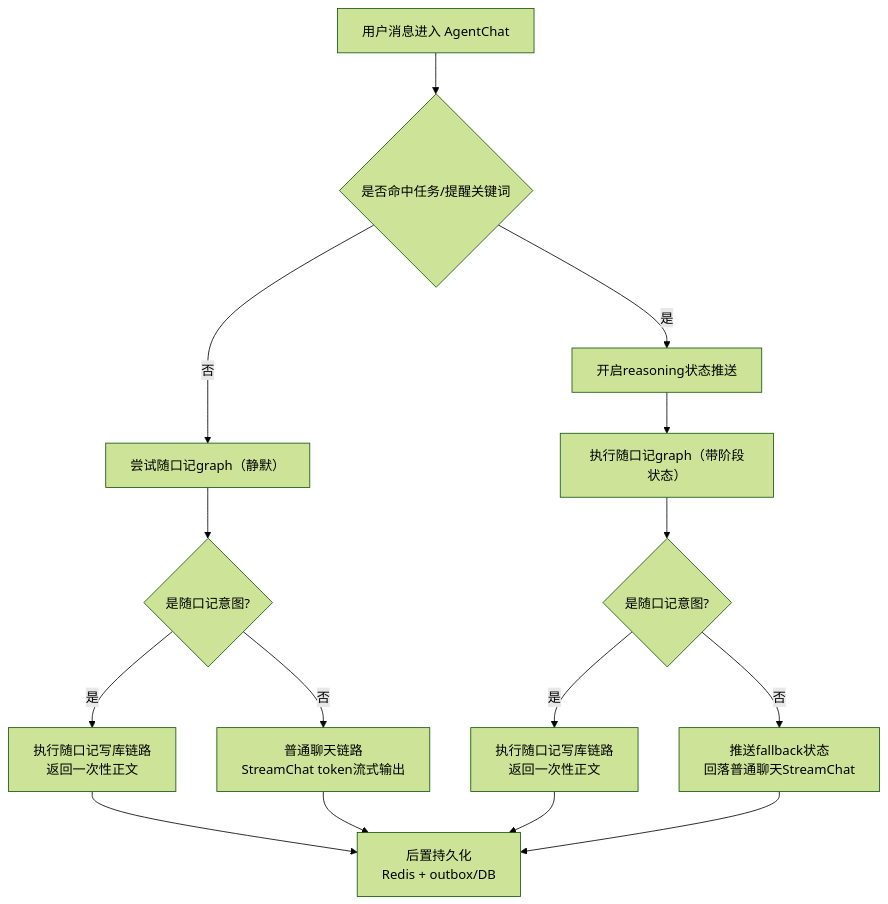
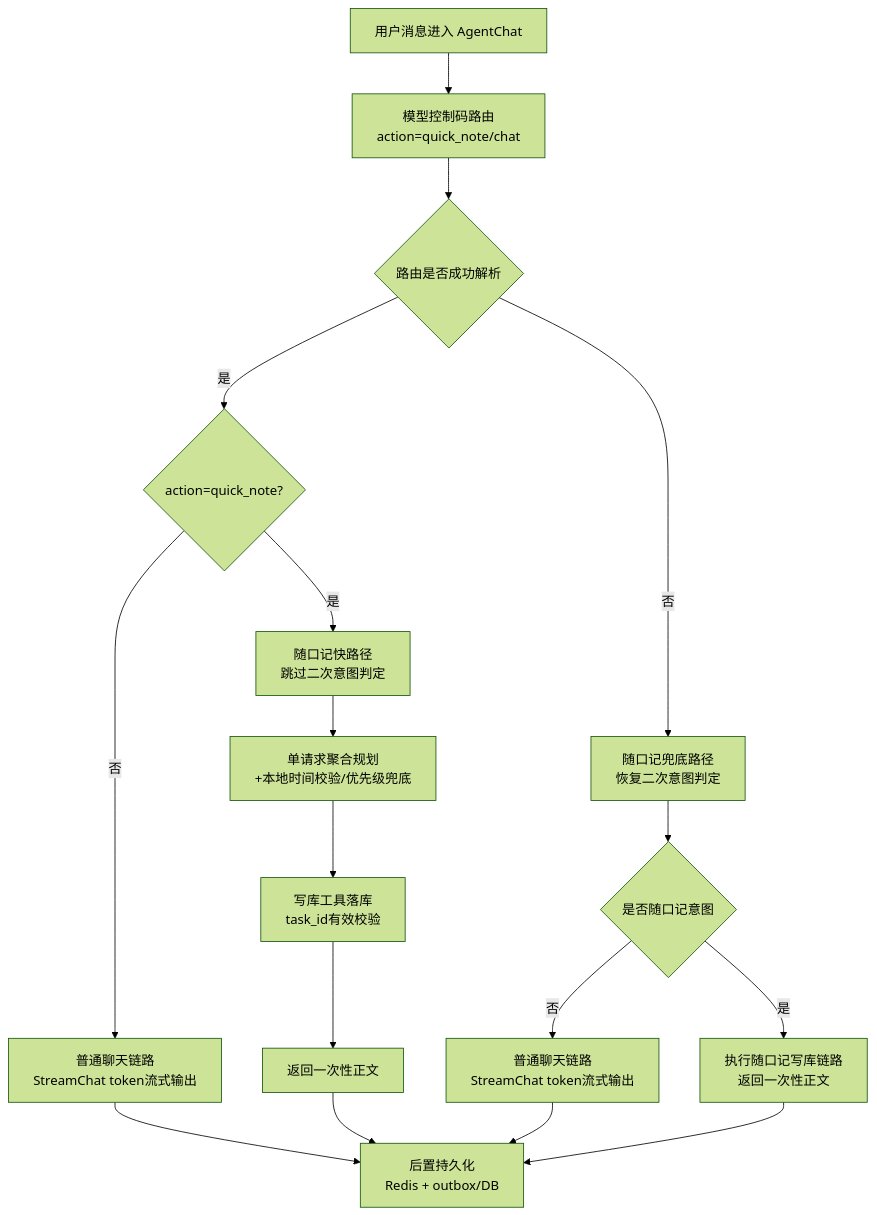
Before and after one commit to LoveLosita/SmartFlow-Agent: the second of 2 diagrams in README.md, drawn with Mermaid (forest theme). The commit also changed other lines of this file and 2 other files, not shown here.

Commit message:
Version: 0.5.5.dev.260314 🚀 更新了 README 中的 Mermaid 图，确保与当前随口记的业务链路一致。 📚 新增了功能决策记录（docs/功能决策记录），并且记录了此次 AI 随口记功能的工程决策。

````diff
--- a/README.md
+++ b/README.md
@@ -380,20 +385,22 @@
 ```mermaid
 flowchart TD
-    A[用户消息进入 AgentChat] --> B{是否命中任务/提醒关键词}
+    A[用户消息进入 AgentChat] --> B[模型控制码路由<br/>action=quick_note/chat]
+    B --> C{路由是否成功解析}
 
-    B -- 否 --> C[尝试随口记graph（静默）]
-    C --> D{是随口记意图?}
-    D -- 是 --> E[执行随口记写库链路<br/>返回一次性正文]
-    D -- 否 --> F[普通聊天链路<br/>StreamChat token流式输出]
+    C -- 是 --> D{action=quick_note?}
+    D -- 否 --> E[普通聊天链路<br/>StreamChat token流式输出]
+    D -- 是 --> F[随口记快路径<br/>跳过二次意图判定]
+    F --> G[单请求聚合规划<br/>+本地时间校验/优先级兜底]
+    G --> H[写库工具落库<br/>task_id有效校验]
+    H --> I[返回一次性正文]
 
-    B -- 是 --> G[开启reasoning状态推送]
-    G --> H[执行随口记graph（带阶段状态）]
-    H --> I{是随口记意图?}
-    I -- 是 --> J[执行随口记写库链路<br/>返回一次性正文]
-    I -- 否 --> K[推送fallback状态<br/>回落普通聊天StreamChat]
+    C -- 否 --> J[随口记兜底路径<br/>恢复二次意图判定]
+    J --> K{是否随口记意图}
+    K -- 否 --> L[普通聊天链路<br/>StreamChat token流式输出]
+    K -- 是 --> M[执行随口记写库链路<br/>返回一次性正文]
 
     E --> Z[后置持久化<br/>Redis + outbox/DB]
-    F --> Z
-    J --> Z
-    K --> Z
+    I --> Z
+    L --> Z
+    M --> Z
 ```
````
